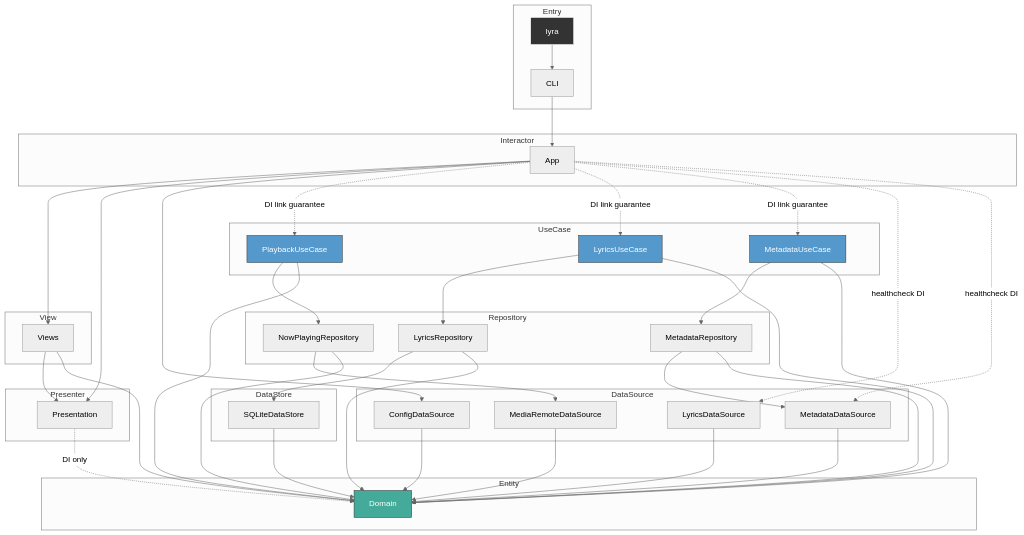
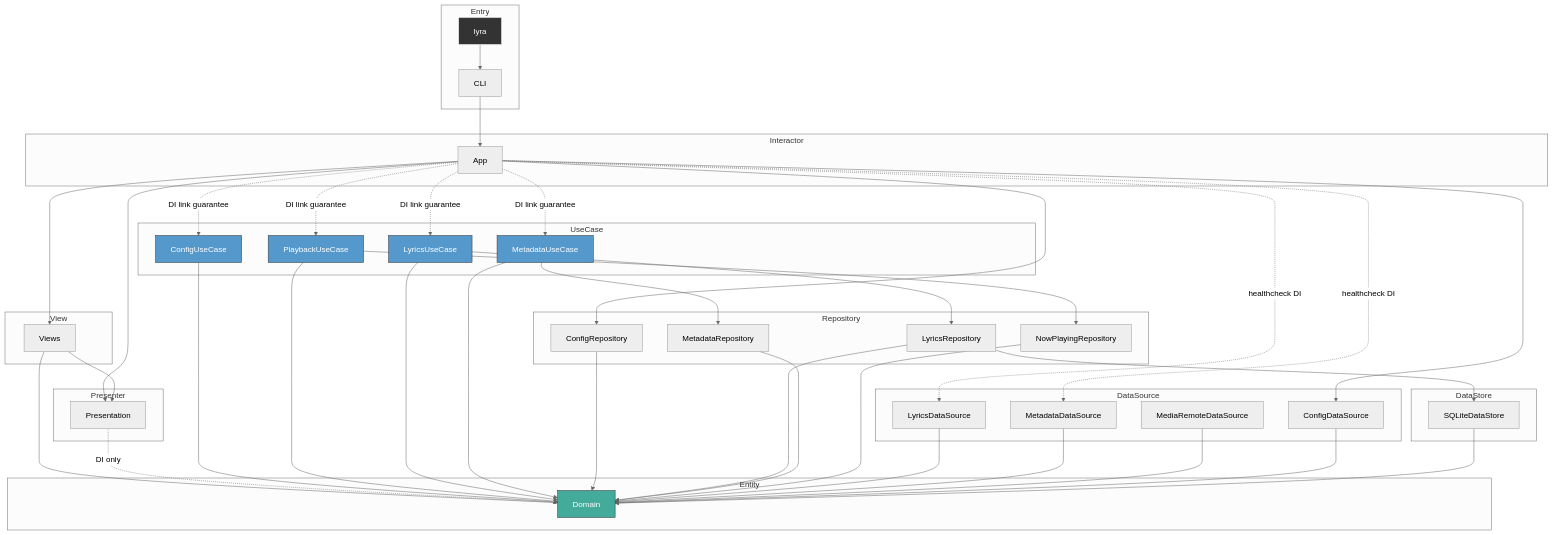
Before and after one commit to GeneralD/lyra: the diagram in CLAUDE.md, drawn with Mermaid (neutral theme). The commit also changed other lines of this file and 82 other files, not shown here.

First line of the commit message:
refactor: add ConfigUseCase/Repository layers, reorganize Domain (#98)

````diff
--- a/CLAUDE.md
+++ b/CLAUDE.md
@@ -22,71 +22,76 @@
 ```mermaid
 graph TD
     subgraph Entry
         lyra[lyra]
         CLI[CLI]
     end
 
     subgraph View
         Views[Views]
     end
 
     subgraph Interactor
         App[App]
     end
 
     subgraph Presenter
         Presentation[Presentation]
     end
 
     subgraph Entity
         Domain[Domain]
     end
 
     subgraph UseCase
+        ConfigUseCase[ConfigUseCase]
         PlaybackUseCase[PlaybackUseCase]
         LyricsUseCase[LyricsUseCase]
         MetadataUseCase[MetadataUseCase]
     end
 
     subgraph Repository
+        ConfigRepository[ConfigRepository]
         LyricsRepository[LyricsRepository]
         MetadataRepository[MetadataRepository]
         NowPlayingRepository[NowPlayingRepository]
     end
 
     subgraph DataSource
         LyricsDataSource[LyricsDataSource]
         MetadataDataSource[MetadataDataSource]
         ConfigDataSource[ConfigDataSource]
         MediaRemoteDataSource[MediaRemoteDataSource]
     end
 
     subgraph DataStore
         SQLiteDataStore[SQLiteDataStore]
     end
 
     lyra --> CLI
     CLI --> App
-    App --> Views & Presentation & ConfigDataSource
-    App -.->|DI link guarantee| PlaybackUseCase & LyricsUseCase & MetadataUseCase
+    App --> Views & Presentation & ConfigDataSource & ConfigRepository
+    App -.->|DI link guarantee| ConfigUseCase & PlaybackUseCase & LyricsUseCase & MetadataUseCase
     App -.->|healthcheck DI| LyricsDataSource & MetadataDataSource
     Views --> Presentation & Domain
     Presentation -.->|DI only| Domain
+    ConfigUseCase --> Domain
     PlaybackUseCase --> NowPlayingRepository & Domain
     LyricsUseCase --> LyricsRepository & Domain
     MetadataUseCase --> MetadataRepository & Domain
+    ConfigRepository --> Domain
     LyricsRepository --> SQLiteDataStore & Domain
-    MetadataRepository --> MetadataDataSource & Domain
-    NowPlayingRepository --> MediaRemoteDataSource & Domain
+    MetadataRepository --> Domain
+    NowPlayingRepository --> Domain
     LyricsDataSource --> Domain
     MetadataDataSource --> Domain
     MediaRemoteDataSource --> Domain
     ConfigDataSource --> Domain
     SQLiteDataStore --> Domain
 
     style Domain fill:#4a9,stroke:#333,color:#fff
+    style ConfigUseCase fill:#59c,stroke:#333,color:#fff
     style PlaybackUseCase fill:#59c,stroke:#333,color:#fff
     style LyricsUseCase fill:#59c,stroke:#333,color:#fff
     style MetadataUseCase fill:#59c,stroke:#333,color:#fff
     style lyra fill:#333,stroke:#fff,color:#fff
 ```
````
